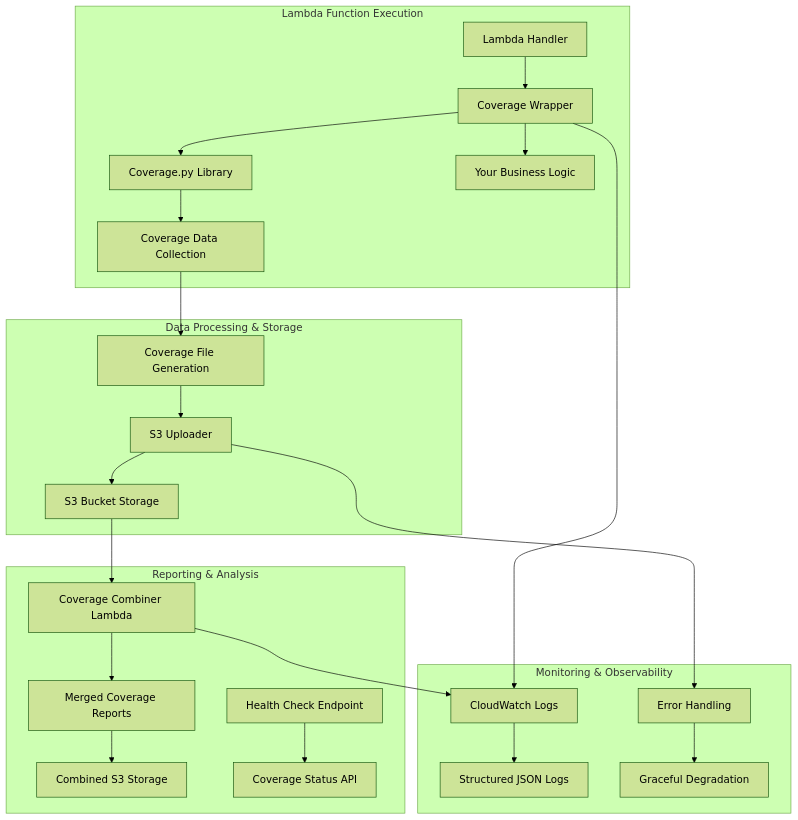
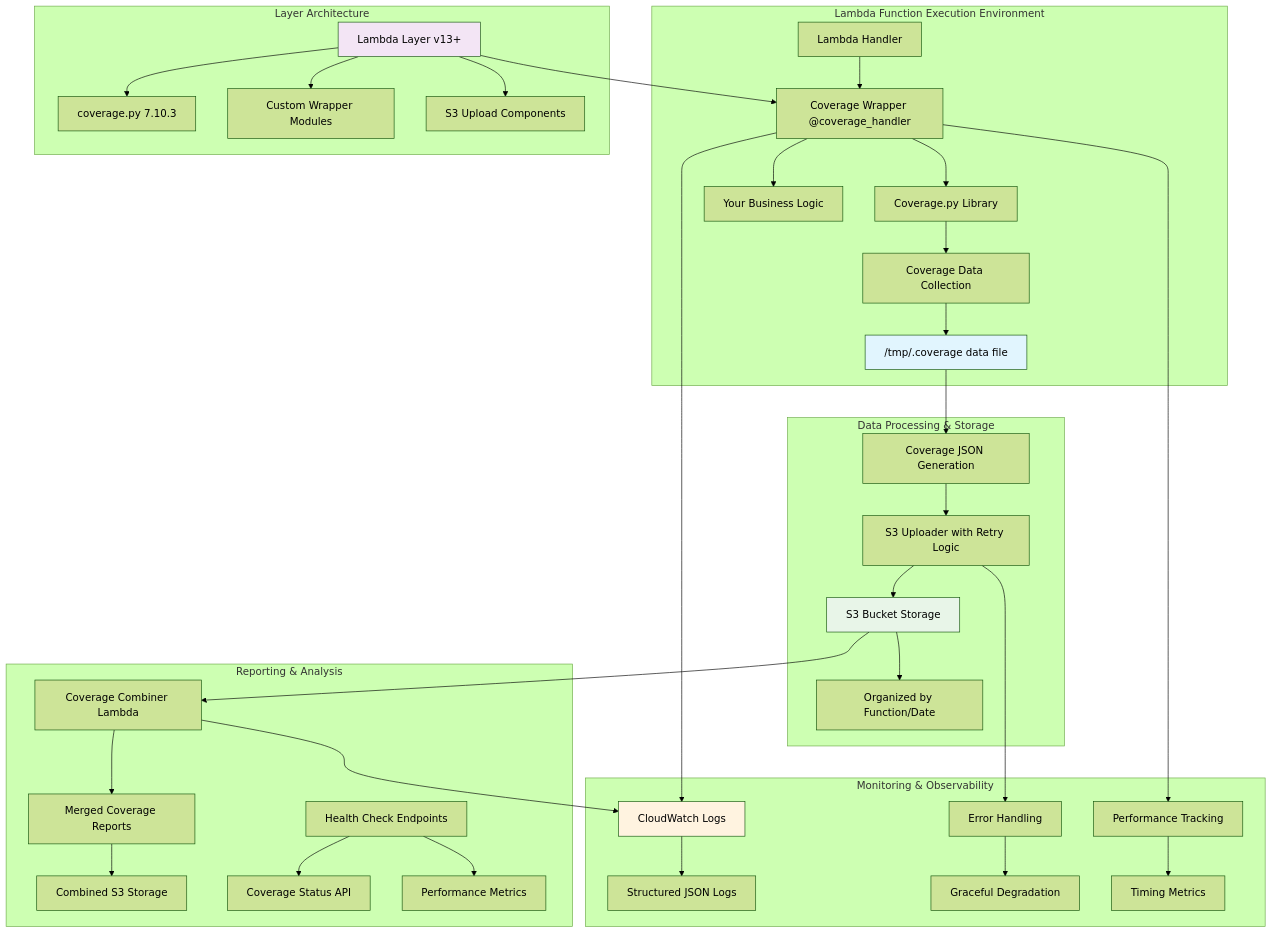
Before and after one commit to kpx-dev/code-coverage-integration-testing: the first of 2 diagrams in README.md, drawn with Mermaid (forest theme). The commit also changed other lines of this file and 8 other files, not shown here.

````diff
--- a/README.md
+++ b/README.md
@@ -17,32 +17,49 @@
 ```mermaid
 graph TB
-    subgraph "Lambda Function Execution"
-        A[Lambda Handler] --> B[Coverage Wrapper]
+    subgraph "Lambda Function Execution Environment"
+        A[Lambda Handler] --> B[Coverage Wrapper @coverage_handler]
         B --> C[Coverage.py Library]
         B --> D[Your Business Logic]
         C --> E[Coverage Data Collection]
+        E --> F["/tmp/.coverage data file"]
     end
 
     subgraph "Data Processing & Storage"
-        E --> F[Coverage File Generation]
-        F --> G[S3 Uploader]
-        G --> H[S3 Bucket Storage]
+        F --> G[Coverage JSON Generation]
+        G --> H[S3 Uploader with Retry Logic]
+        H --> I[S3 Bucket Storage]
+        I --> J[Organized by Function/Date]
     end
 
     subgraph "Reporting & Analysis"
-        H --> I[Coverage Combiner Lambda]
-        I --> J[Merged Coverage Reports]
-        J --> K[Combined S3 Storage]
-
-        L[Health Check Endpoint] --> M[Coverage Status API]
+        I --> K[Coverage Combiner Lambda]
+        K --> L[Merged Coverage Reports]
+        L --> M[Combined S3 Storage]
+        
+        N[Health Check Endpoints] --> O[Coverage Status API]
+        N --> P[Performance Metrics]
     end
 
     subgraph "Monitoring & Observability"
-        N[CloudWatch Logs] --> O[Structured JSON Logs]
-        P[Error Handling] --> Q[Graceful Degradation]
+        Q[CloudWatch Logs] --> R[Structured JSON Logs]
+        S[Error Handling] --> T[Graceful Degradation]
+        U[Performance Tracking] --> V[Timing Metrics]
     end
 
-    B --> N
-    G --> P
-    I --> N
+    subgraph "Layer Architecture"
+        W[Lambda Layer v13+] --> X[coverage.py 7.10.3]
+        W --> Y[Custom Wrapper Modules]
+        W --> Z[S3 Upload Components]
+    end
+
+    B --> Q
+    H --> S
+    K --> Q
+    B --> U
+    W --> B
+    
+    style F fill:#e1f5fe
+    style I fill:#e8f5e8
+    style Q fill:#fff3e0
+    style W fill:#f3e5f5
 ```
````
